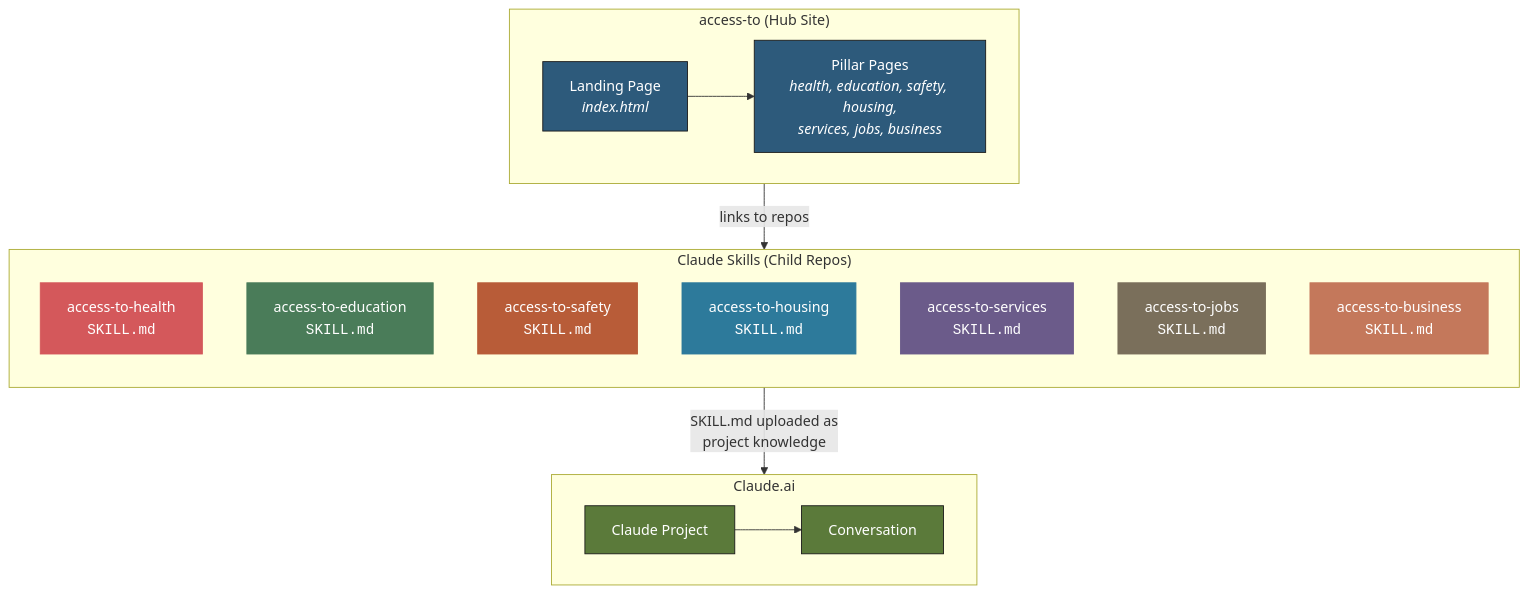
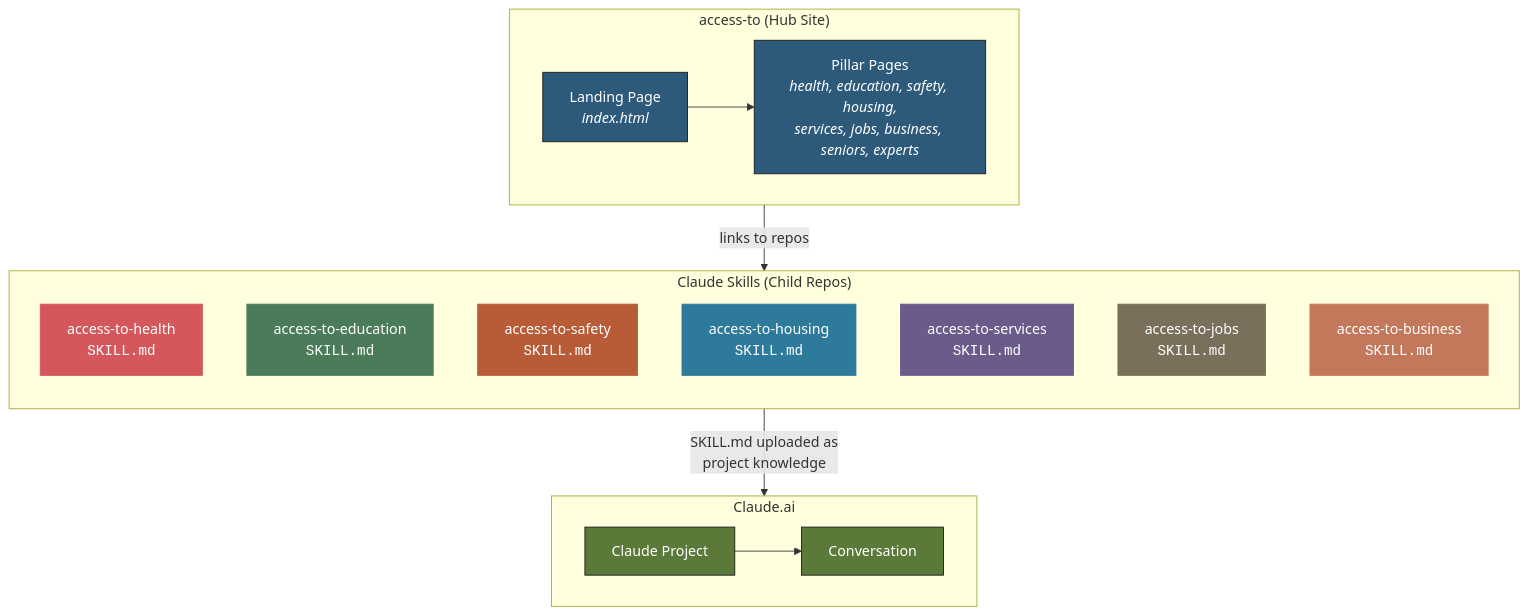
Before and after one commit to dougdevitre/access-to: the fourth of 6 diagrams in README.md, drawn with Mermaid. The commit also changed other lines of this file and 20 other files, not shown here.

First line of the commit message:
Add Seniors and Experts pillar pages; give the Civics door its live site (#43)

````diff
--- a/README.md
+++ b/README.md
@@ -267,42 +267,42 @@
 ```mermaid
 flowchart TB
     subgraph HUB ["access-to (Hub Site)"]
         direction LR
         LP["Landing Page<br/><i>index.html</i>"]
-        PP["Pillar Pages<br/><i>health, education, safety, housing,<br/>services, jobs, business</i>"]
+        PP["Pillar Pages<br/><i>health, education, safety, housing,<br/>services, jobs, business, seniors, experts</i>"]
         LP --> PP
     end
 
     subgraph SKILLS ["Claude Skills (Child Repos)"]
         direction TB
         S1["access-to-health<br/><code>SKILL.md</code>"]
         S2["access-to-education<br/><code>SKILL.md</code>"]
         S3["access-to-safety<br/><code>SKILL.md</code>"]
         S4["access-to-housing<br/><code>SKILL.md</code>"]
         S5["access-to-services<br/><code>SKILL.md</code>"]
         S6["access-to-jobs<br/><code>SKILL.md</code>"]
         S7["access-to-business<br/><code>SKILL.md</code>"]
     end
 
     subgraph CLAUDE ["Claude.ai"]
         direction LR
         CP["Claude Project"]
         CONV["Conversation"]
         CP --> CONV
     end
 
     PP -- "links to repos" --> SKILLS
     SKILLS -- "SKILL.md uploaded as<br/>project knowledge" --> CP
 
     style LP fill:#2D5A7B,stroke:#1A1A1A,color:#fff
     style PP fill:#2D5A7B,stroke:#1A1A1A,color:#fff
     style CP fill:#5B7A3A,stroke:#1A1A1A,color:#fff
     style CONV fill:#5B7A3A,stroke:#1A1A1A,color:#fff
     style S1 fill:#D4585B,stroke:#D4585B,color:#fff
     style S2 fill:#4A7C59,stroke:#4A7C59,color:#fff
     style S3 fill:#B85C38,stroke:#B85C38,color:#fff
     style S4 fill:#2D7A9B,stroke:#2D7A9B,color:#fff
     style S5 fill:#6B5B8A,stroke:#6B5B8A,color:#fff
     style S6 fill:#7A6F5B,stroke:#7A6F5B,color:#fff
     style S7 fill:#C4785B,stroke:#C4785B,color:#fff
 ```
````
